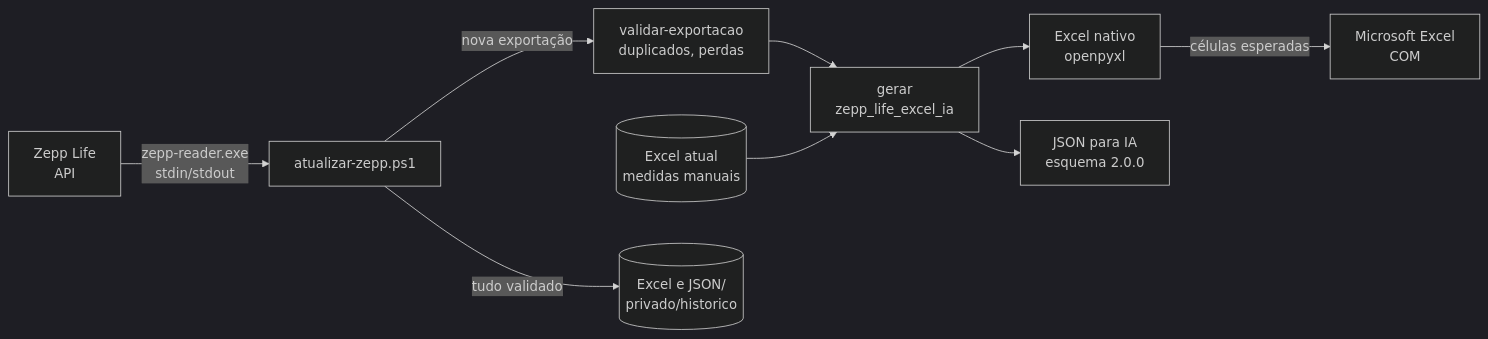
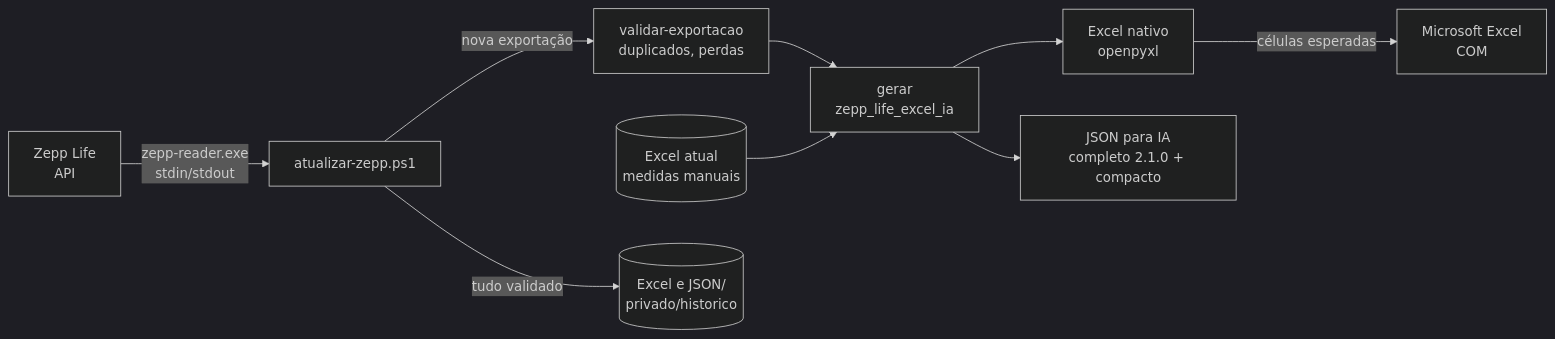
The diagram in README.md (tpereira2005/zepp-life-excel-ia), drawn with Mermaid (dark theme) before and after one commit. The commit also changed other lines of this file and 45 other files, not shown here.

````diff
--- a/README.md
+++ b/README.md
@@ -91,11 +94,11 @@
 ```mermaid
 flowchart LR
     A[Zepp Life<br/>API] -->|zepp-reader.exe<br/>stdin/stdout| B[atualizar-zepp.ps1]
     B -->|nova exportação| V[validar-exportacao<br/>duplicados, perdas]
     V --> C[gerar<br/>zepp_life_excel_ia]
     D[(Excel atual<br/>medidas manuais)] --> C
     C --> E[Excel nativo<br/>openpyxl]
-    C --> F[JSON para IA<br/>esquema 2.0.0]
+    C --> F[JSON para IA<br/>completo 2.1.0 + compacto]
     E -->|células esperadas| G[Microsoft Excel<br/>COM]
     B -->|tudo validado| H[(Excel e JSON/<br/>privado/historico)]
 ```
````
